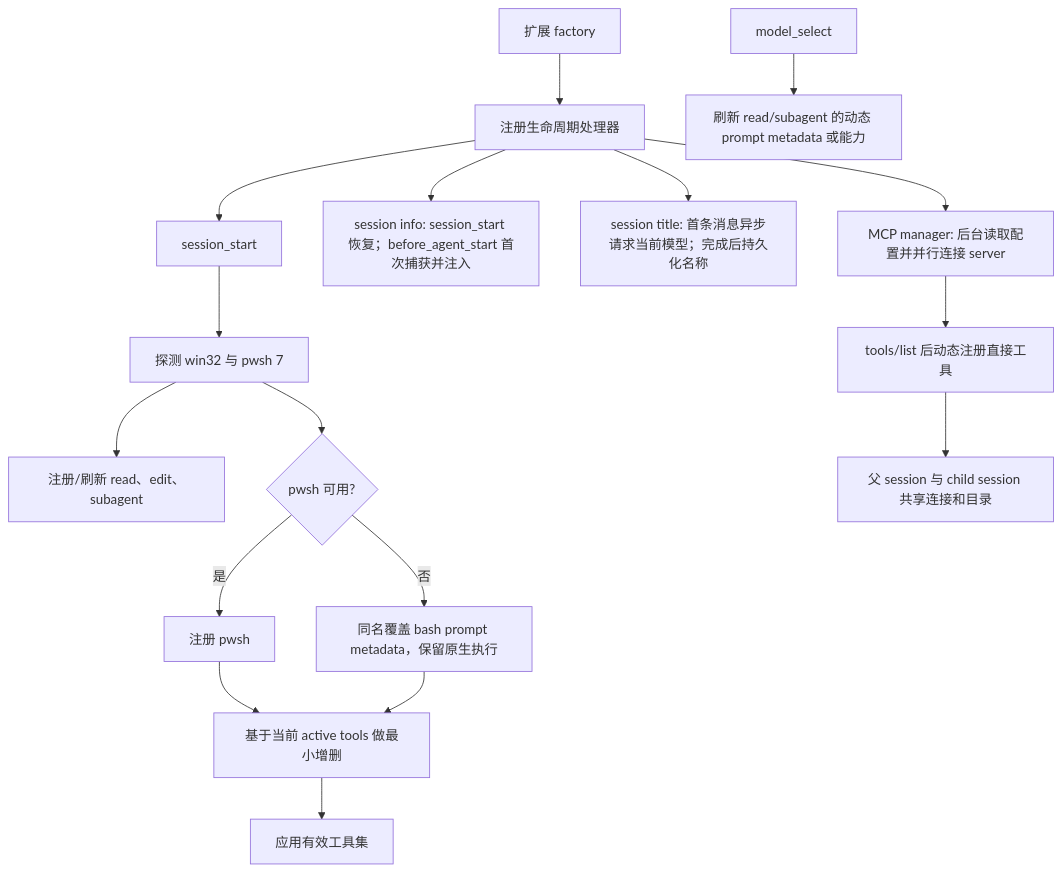
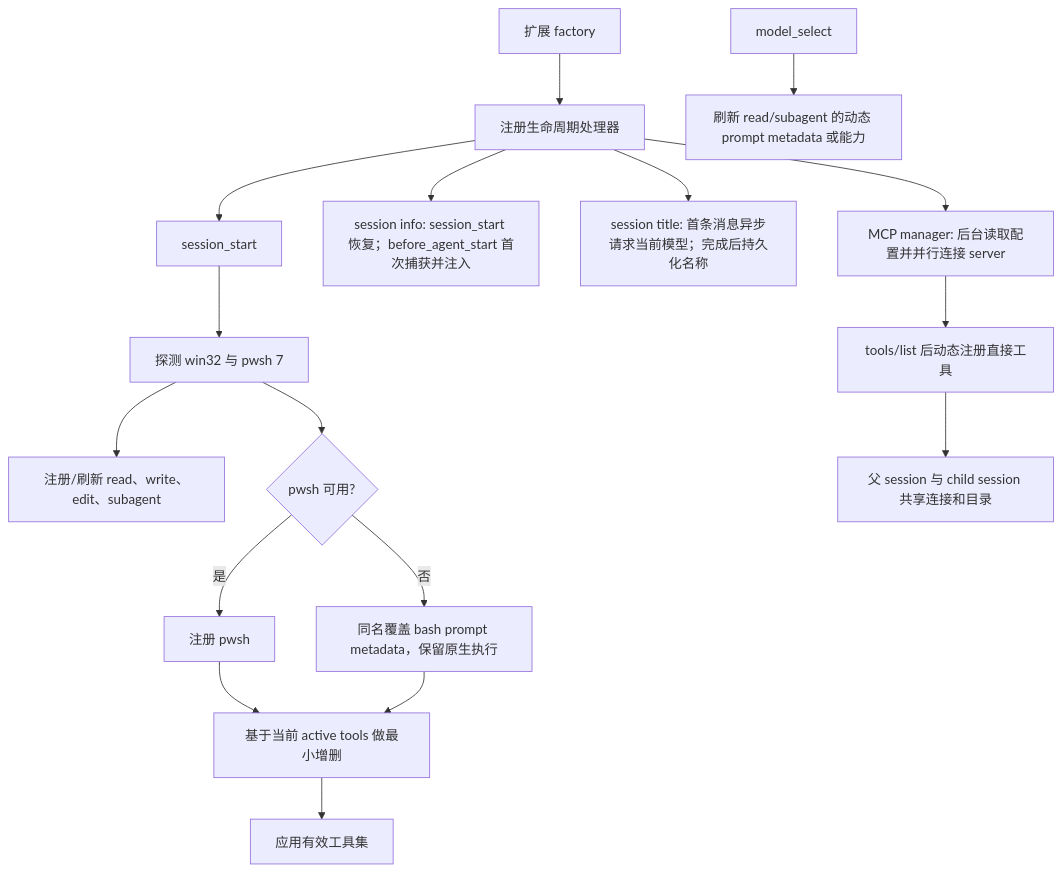
The diagram in docs/architecture.md (cha133/pi-enhanced), drawn with Mermaid before and after one commit. The commit also changed other lines of this file and 10 other files, not shown here.

````diff
--- a/docs/architecture.md
+++ b/docs/architecture.md
@@ -30,19 +31,19 @@
 ```mermaid
 flowchart TD
     A["扩展 factory"] --> B["注册生命周期处理器"]
     B --> C["session_start"]
     C --> D["探测 win32 与 pwsh 7"]
-    D --> E["注册/刷新 read、edit、subagent"]
+    D --> E["注册/刷新 read、write、edit、subagent"]
     D --> F{"pwsh 可用?"}
     F -->|是| G["注册 pwsh"]
     F -->|否| H["同名覆盖 bash prompt metadata，保留原生执行"]
     G --> I["基于当前 active tools 做最小增删"]
     H --> I
     I --> J["应用有效工具集"]
     K["model_select"] --> L["刷新 read/subagent 的动态 prompt metadata 或能力"]
     B --> M["session info: session_start 恢复；before_agent_start 首次捕获并注入"]
     B --> N["session title: 首条消息异步请求当前模型；完成后持久化名称"]
     B --> O["MCP manager: 后台读取配置并并行连接 server"]
     O --> P["tools/list 后动态注册直接工具"]
     P --> Q["父 session 与 child session 共享连接和目录"]
 ```
````
